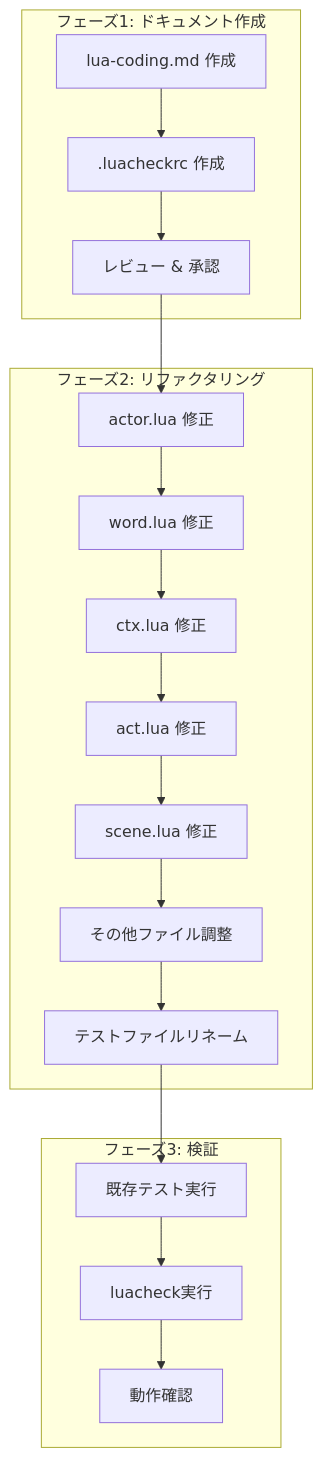
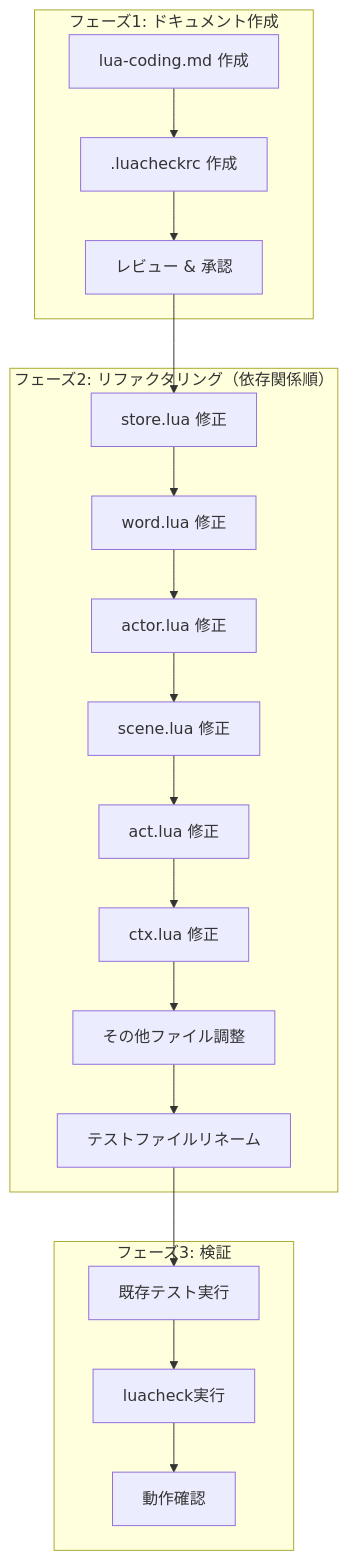
The second of 2 diagrams in .kiro/specs/lua-coding-standards/design.md (ekicyou/pasta), drawn with Mermaid before and after one commit. The commit also changed other lines of this file, not shown here.

````diff
--- a/.kiro/specs/lua-coding-standards/design.md
+++ b/.kiro/specs/lua-coding-standards/design.md
@@ -468,24 +470,25 @@
 ```mermaid
 flowchart TD
     subgraph Phase1["フェーズ1: ドキュメント作成"]
         A1["lua-coding.md 作成"] --> A2[".luacheckrc 作成"]
         A2 --> A3["レビュー & 承認"]
     end
     
-    subgraph Phase2["フェーズ2: リファクタリング"]
-        B1["actor.lua 修正"] --> B2["word.lua 修正"]
-        B2 --> B3["ctx.lua 修正"]
-        B3 --> B4["act.lua 修正"]
-        B4 --> B5["scene.lua 修正"]
-        B5 --> B6["その他ファイル調整"]
-        B6 --> B7["テストファイルリネーム"]
+    subgraph Phase2["フェーズ2: リファクタリング（依存関係順）"]
+        B1["store.lua 修正"] --> B2["word.lua 修正"]
+        B2 --> B3["actor.lua 修正"]
+        B3 --> B4["scene.lua 修正"]
+        B4 --> B5["act.lua 修正"]
+        B5 --> B6["ctx.lua 修正"]
+        B6 --> B7["その他ファイル調整"]
+        B7 --> B8["テストファイルリネーム"]
     end
     
     subgraph Phase3["フェーズ3: 検証"]
         C1["既存テスト実行"] --> C2["luacheck実行"]
         C2 --> C3["動作確認"]
     end
     
     A3 --> B1
-    B7 --> C1
+    B8 --> C1
 ```
````
